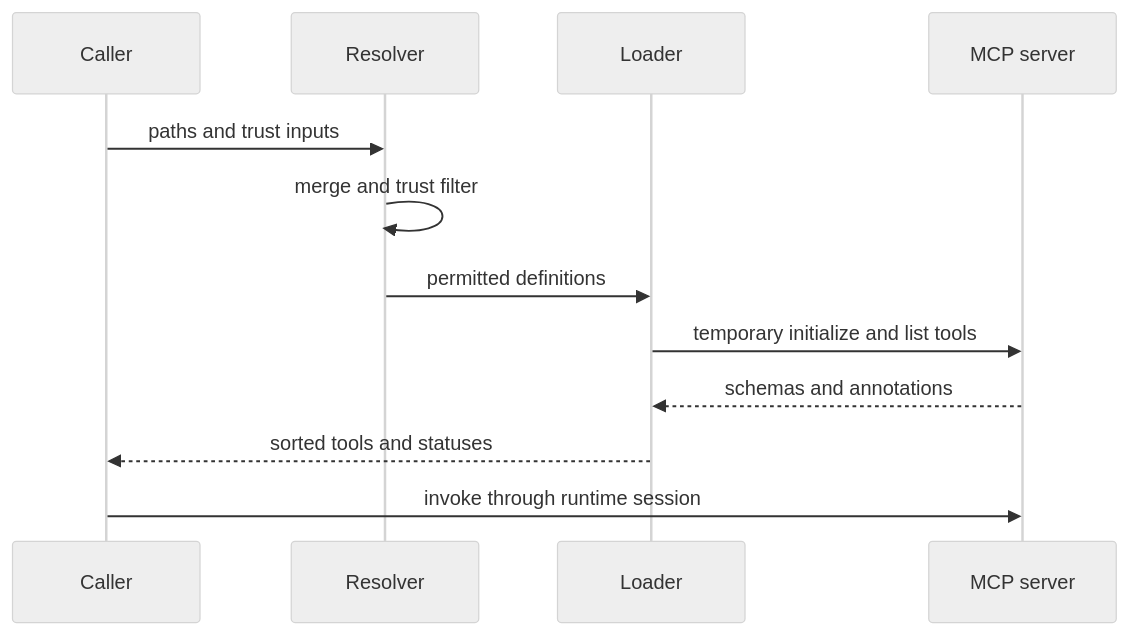
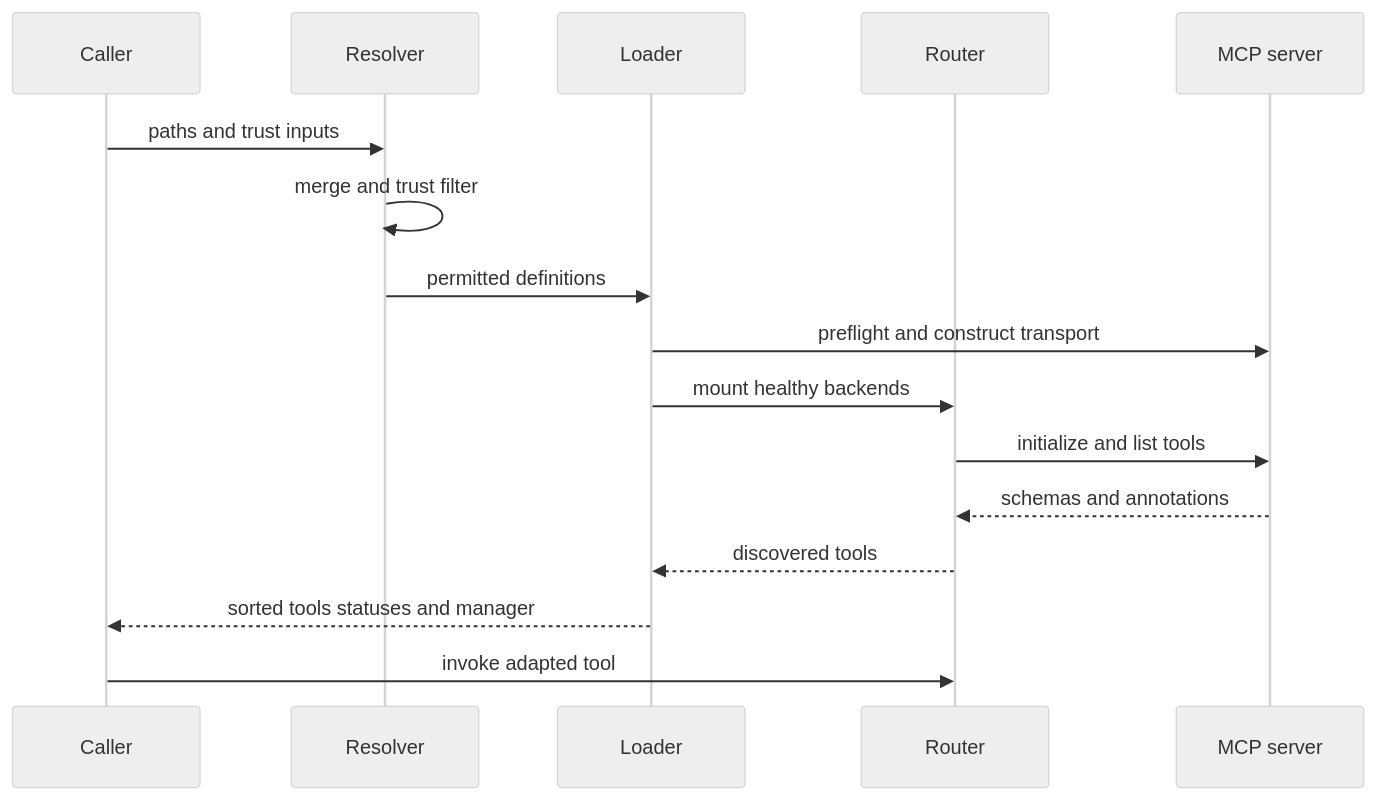
One commit to langchain-ai/deepagents changed the first of 2 diagrams in openwiki/integrations/mcp.md. Above: the diagram before and after it, drawn with Mermaid (neutral theme). The commit also changed other lines of this file and 62 other files, not shown here.

````diff
--- a/openwiki/integrations/mcp.md
+++ b/openwiki/integrations/mcp.md
@@ -127,14 +135,18 @@
 ```mermaid
 sequenceDiagram
     participant Caller
     participant Resolver
     participant Loader
+    participant Router
     participant Remote as MCP server
     Caller->>Resolver: paths and trust inputs
     Resolver->>Resolver: merge and trust filter
     Resolver->>Loader: permitted definitions
-    Loader->>Remote: temporary initialize and list tools
-    Remote-->>Loader: schemas and annotations
-    Loader-->>Caller: sorted tools and statuses
-    Caller->>Remote: invoke through runtime session
+    Loader->>Remote: preflight and construct transport
+    Loader->>Router: mount healthy backends
+    Router->>Remote: initialize and list tools
+    Remote-->>Router: schemas and annotations
+    Router-->>Loader: discovered tools
+    Loader-->>Caller: sorted tools statuses and manager
+    Caller->>Router: invoke adapted tool
 ```
````
